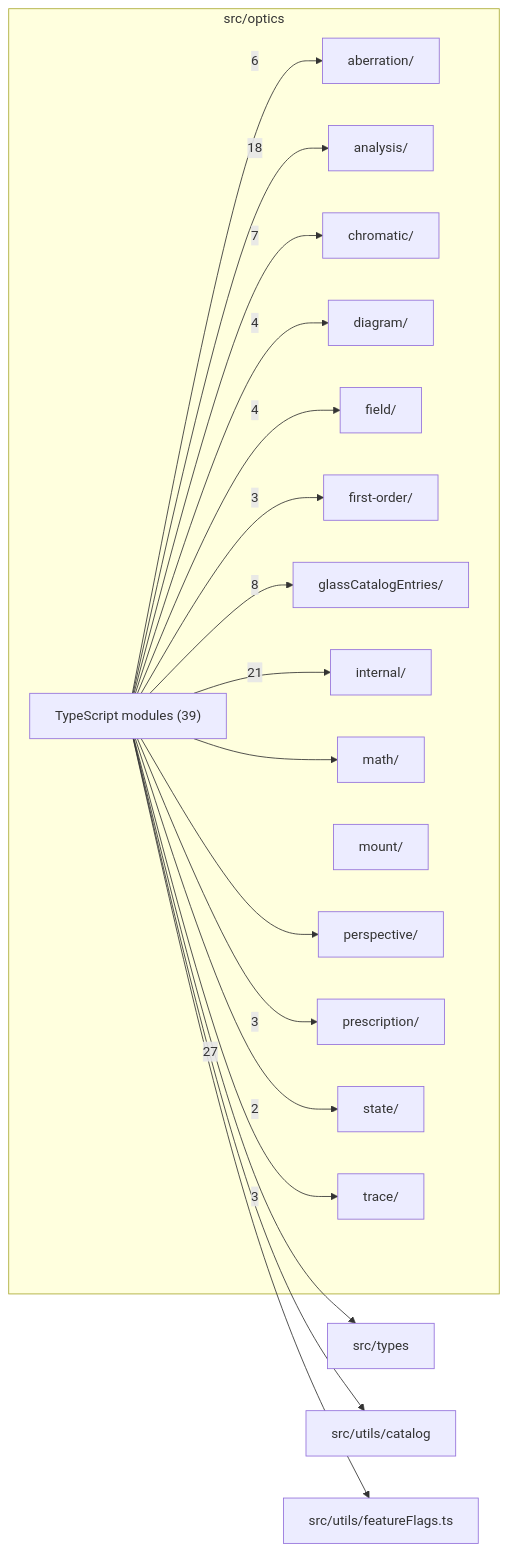
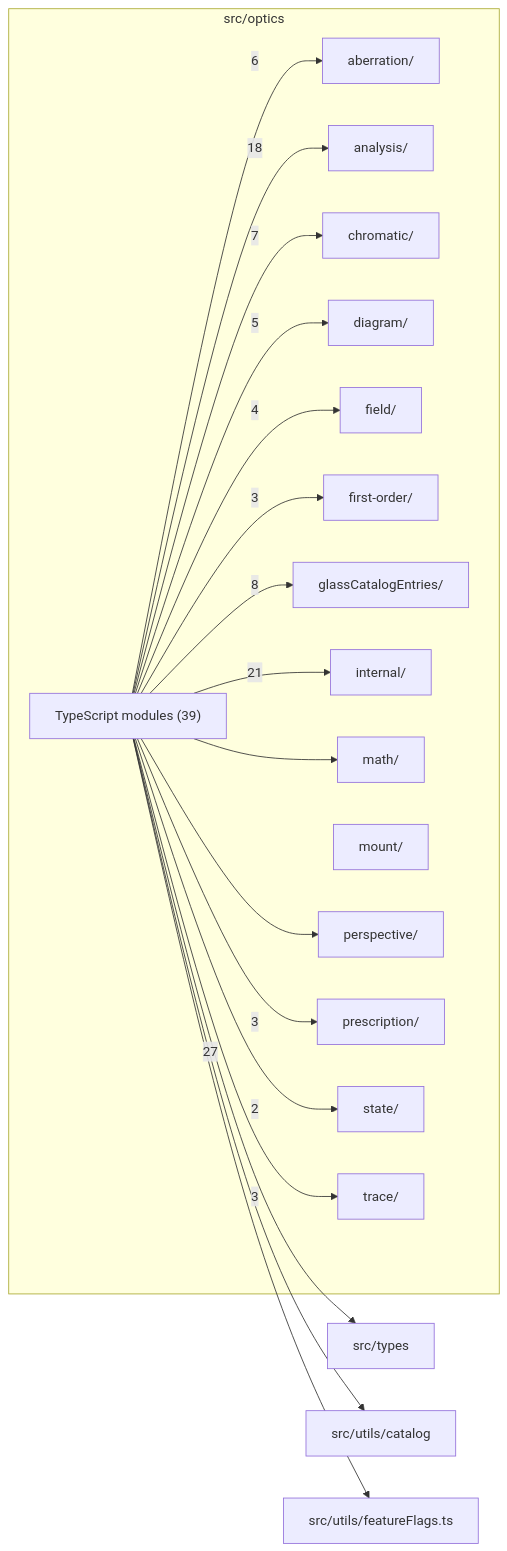
One commit to ronbuening/LensVisualizer changed the diagram in src/optics/readme.md. Above: the diagram before and after it, drawn with Mermaid. The commit also changed other lines of this file and 13 other files, not shown here.

Commit message:
feat: trace diagram rays from verified source configurations

````diff
--- a/src/optics/readme.md
+++ b/src/optics/readme.md
@@ -9,39 +9,39 @@
 ```mermaid
 flowchart LR
   subgraph n_src_optics["src/optics"]
     n_src_optics_src_optics_aberration["aberration/"]
     n_src_optics_src_optics_analysis["analysis/"]
     n_src_optics_src_optics_chromatic["chromatic/"]
     n_src_optics_src_optics_diagram["diagram/"]
     n_src_optics_src_optics_field["field/"]
     n_src_optics_src_optics_first_order["first-order/"]
     n_src_optics_src_optics_glassCatalogEntries["glassCatalogEntries/"]
     n_src_optics_src_optics_internal["internal/"]
     n_src_optics_src_optics_math["math/"]
     n_src_optics_src_optics_mount["mount/"]
     n_src_optics_src_optics_perspective["perspective/"]
     n_src_optics_src_optics_prescription["prescription/"]
     n_src_optics_src_optics_state["state/"]
     n_src_optics_src_optics_trace["trace/"]
     n_src_optics_TypeScript_modules["TypeScript modules (39)"]
   end
   n_external_src_types["src/types"]
   n_external_src_utils_catalog["src/utils/catalog"]
   n_external_src_utils_featureFlags_ts["src/utils/featureFlags.ts"]
   n_src_optics_TypeScript_modules --> |27| n_external_src_types
   n_src_optics_TypeScript_modules --> |21| n_src_optics_src_optics_internal
   n_src_optics_TypeScript_modules --> |18| n_src_optics_src_optics_analysis
   n_src_optics_TypeScript_modules --> |8| n_src_optics_src_optics_glassCatalogEntries
   n_src_optics_TypeScript_modules --> |7| n_src_optics_src_optics_chromatic
   n_src_optics_TypeScript_modules --> |6| n_src_optics_src_optics_aberration
-  n_src_optics_TypeScript_modules --> |4| n_src_optics_src_optics_diagram
+  n_src_optics_TypeScript_modules --> |5| n_src_optics_src_optics_diagram
   n_src_optics_TypeScript_modules --> |4| n_src_optics_src_optics_field
   n_src_optics_TypeScript_modules --> |3| n_src_optics_src_optics_first_order
   n_src_optics_TypeScript_modules --> |3| n_src_optics_src_optics_prescription
   n_src_optics_TypeScript_modules --> |3| n_src_optics_src_optics_trace
   n_src_optics_TypeScript_modules --> |2| n_src_optics_src_optics_state
   n_src_optics_TypeScript_modules --> n_external_src_utils_catalog
   n_src_optics_TypeScript_modules --> n_external_src_utils_featureFlags_ts
   n_src_optics_TypeScript_modules --> n_src_optics_src_optics_math
   n_src_optics_TypeScript_modules --> n_src_optics_src_optics_perspective
 ```
````
